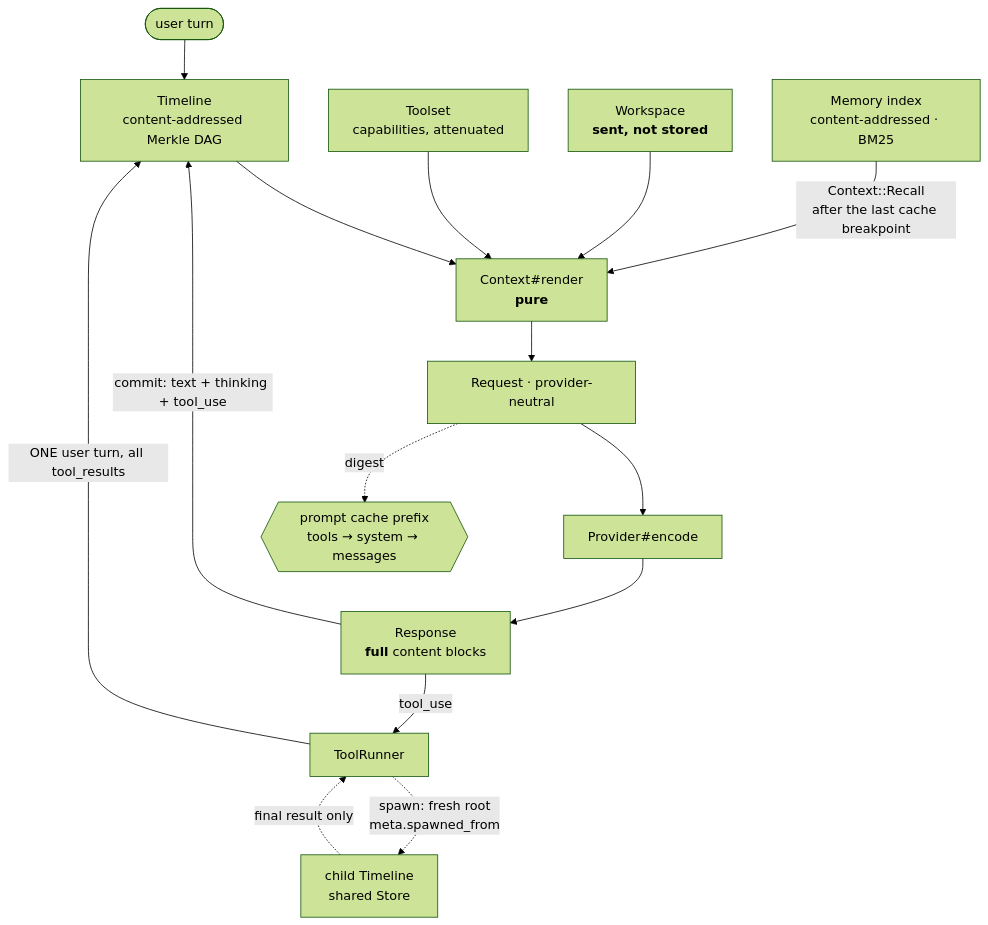
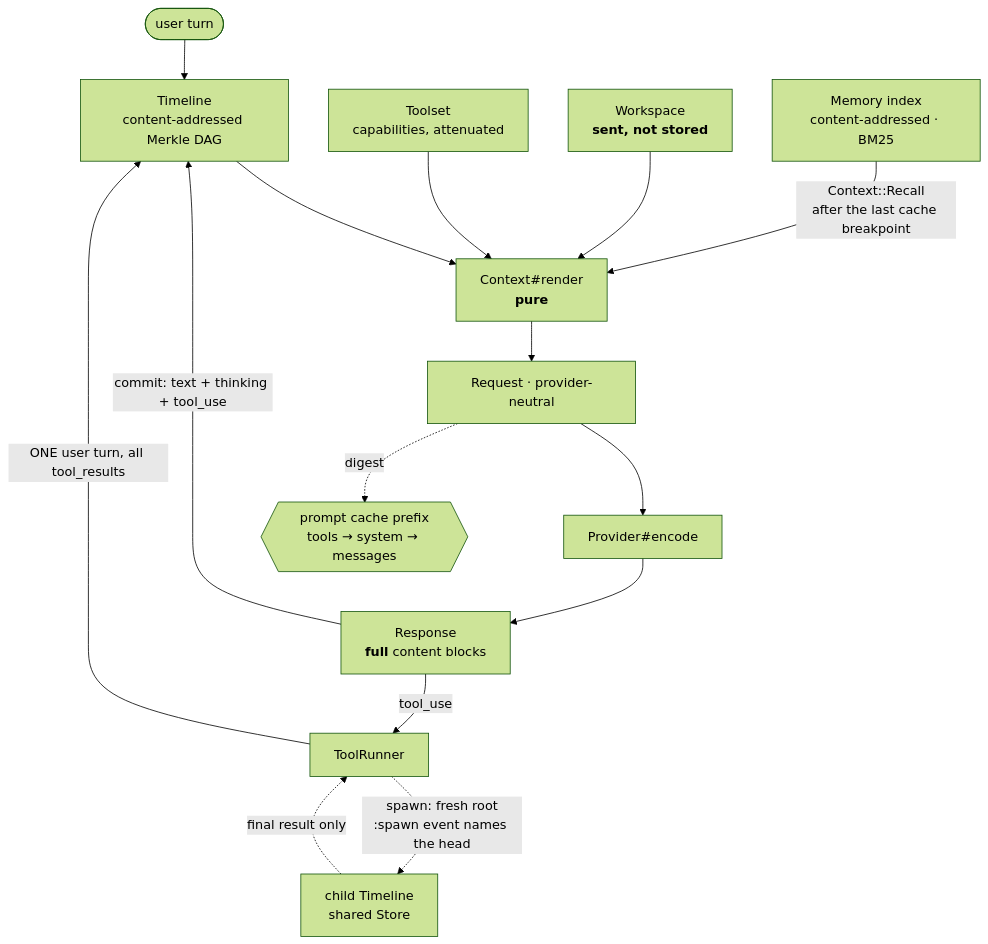
One commit to liaden/lain changed the third of 6 diagrams in ARCHITECTURE.md. Above: the diagram before and after it, drawn with Mermaid (forest theme). The commit also changed other lines of this file and 17 other files, not shown here.

````diff
--- a/ARCHITECTURE.md
+++ b/ARCHITECTURE.md
@@ -122,16 +130,16 @@
 ```mermaid
 flowchart TB
   U([user turn]) --> TL
   TL["Timeline<br/>content-addressed Merkle DAG"] --> CTX
   TS["Toolset<br/>capabilities, attenuated"] --> CTX
   WS["Workspace<br/><b>sent, not stored</b>"] --> CTX
   MEM["Memory index<br/>content-addressed · BM25"] -->|Context::Recall<br/>after the last cache breakpoint| CTX
   CTX["Context#render<br/><b>pure</b>"] --> REQ["Request · provider-neutral"]
   REQ --> ENC["Provider#encode"] --> RESP["Response<br/><b>full</b> content blocks"]
   RESP -->|commit: text + thinking + tool_use| TL
   RESP -->|tool_use| TR["ToolRunner"]
   TR -->|ONE user turn, all tool_results| TL
-  TR -.->|spawn: fresh root<br/>meta.spawned_from| CH["child Timeline<br/>shared Store"]
+  TR -.->|spawn: fresh root<br/>:spawn event names the head| CH["child Timeline<br/>shared Store"]
   CH -.->|final result only| TR
   REQ -.->|digest| C{{"prompt cache prefix<br/>tools → system → messages"}}
 ```
````
